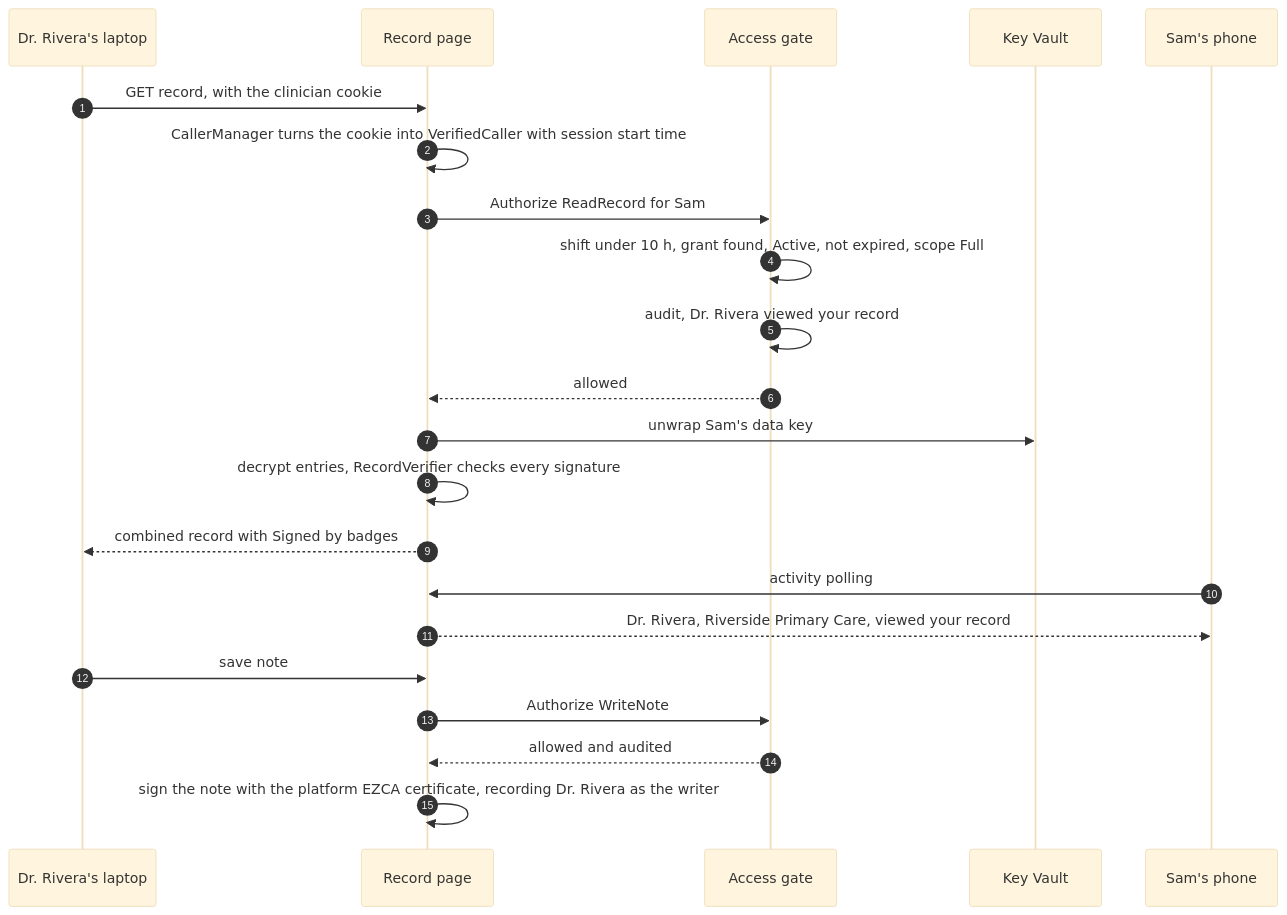
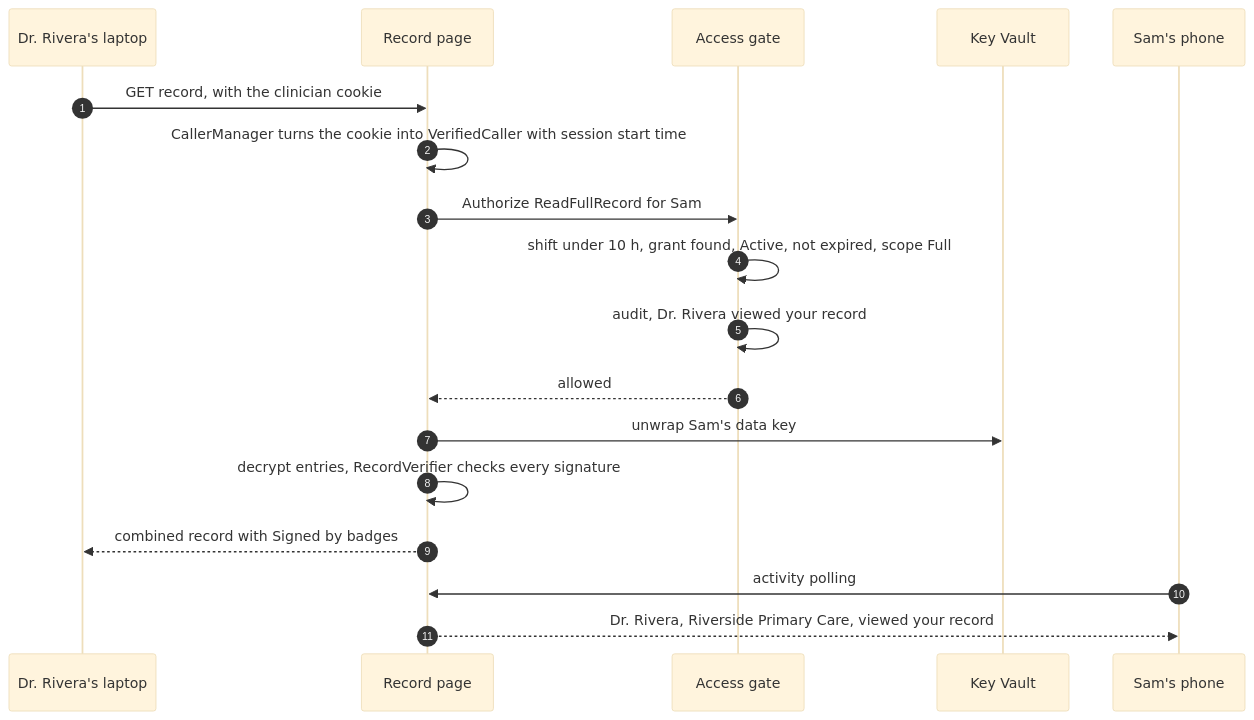
The eighth of 11 diagrams in docs/auth-flows.md (ParkerHitch/EZEHR), drawn with Mermaid (base theme) before and after one commit. The commit also changed other lines of this file and 36 other files, not shown here.

````diff
--- a/docs/auth-flows.md
+++ b/docs/auth-flows.md
@@ -258,24 +270,20 @@
 ```mermaid
 sequenceDiagram
   autonumber
   participant Doc as Dr. Rivera's laptop
   participant Pg as Record page
   participant G as Access gate
   participant KV as Key Vault
   participant Ph as Sam's phone
   Doc->>Pg: GET record, with the clinician cookie
   Pg->>Pg: CallerManager turns the cookie into VerifiedCaller with session start time
-  Pg->>G: Authorize ReadRecord for Sam
+  Pg->>G: Authorize ReadFullRecord for Sam
   G->>G: shift under 10 h, grant found, Active, not expired, scope Full
   G->>G: audit, Dr. Rivera viewed your record
   G-->>Pg: allowed
   Pg->>KV: unwrap Sam's data key
   Pg->>Pg: decrypt entries, RecordVerifier checks every signature
   Pg-->>Doc: combined record with Signed by badges
   Ph->>Pg: activity polling
   Pg-->>Ph: Dr. Rivera, Riverside Primary Care, viewed your record
-  Doc->>Pg: save note
-  Pg->>G: Authorize WriteNote
-  G-->>Pg: allowed and audited
-  Pg->>Pg: sign the note with the platform EZCA certificate, recording Dr. Rivera as the writer
 ```
````
